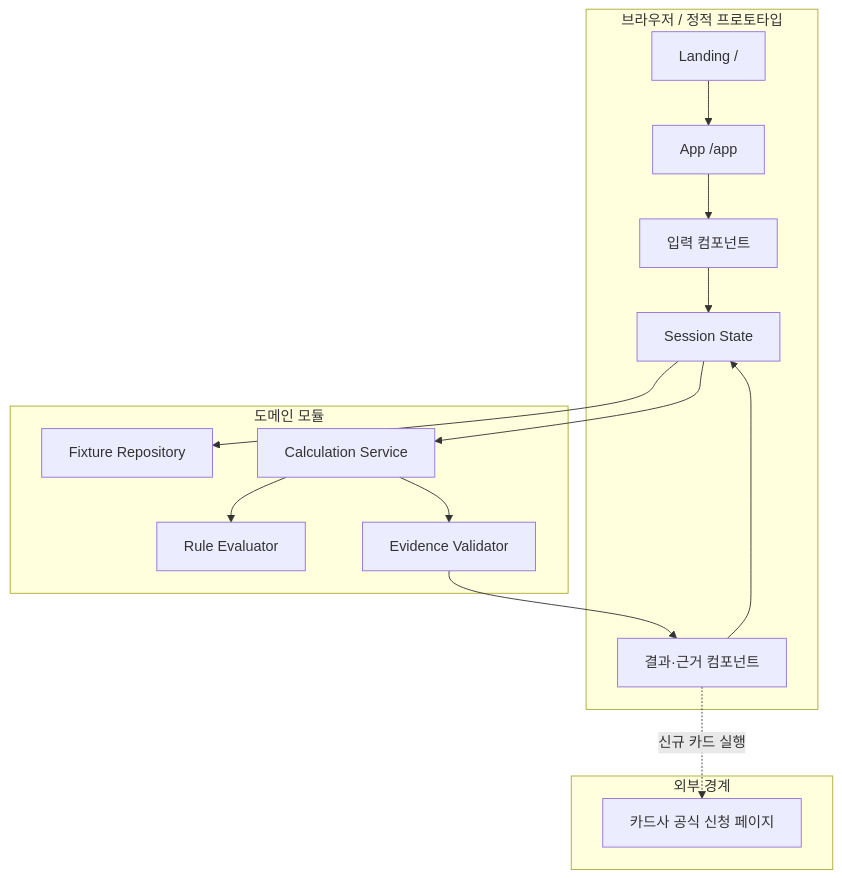
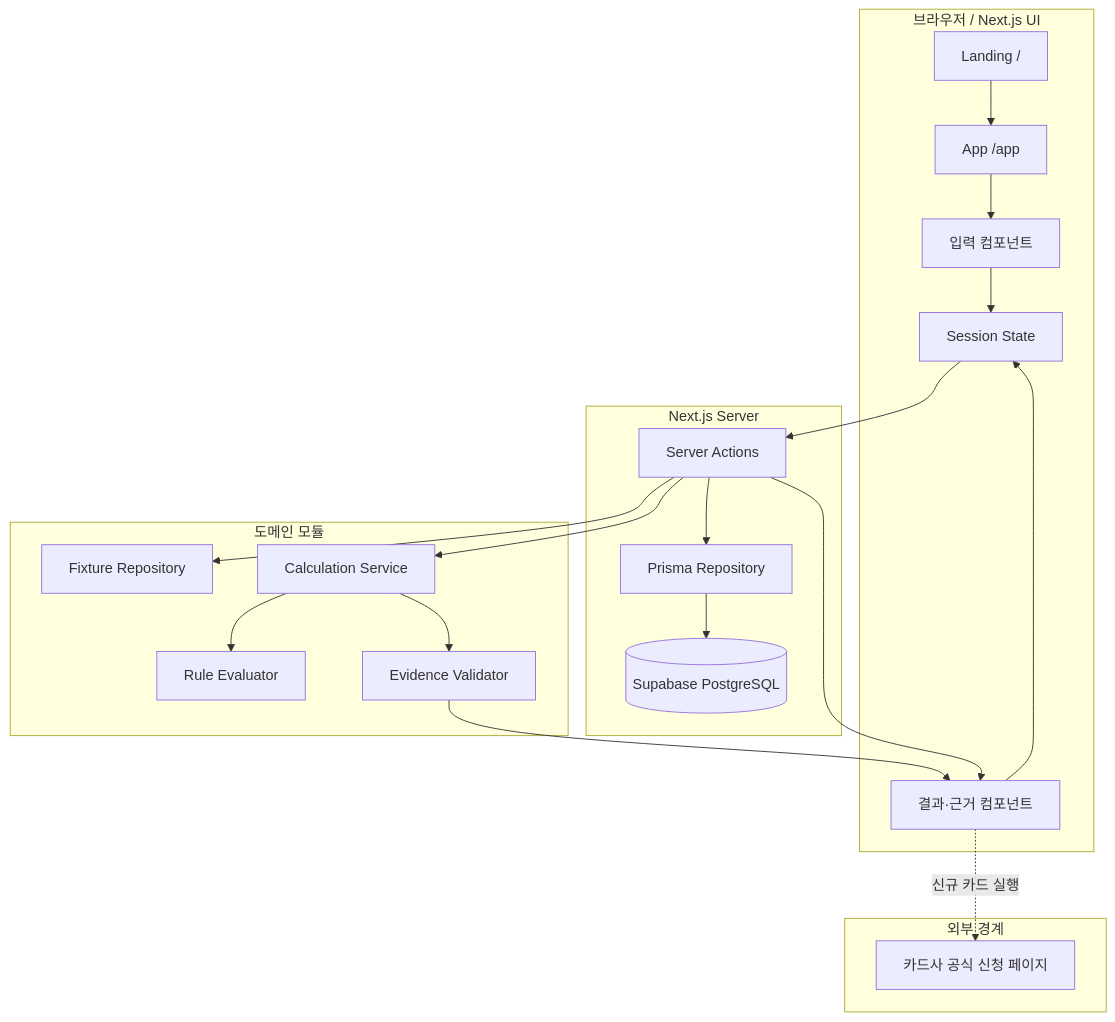
The fourth of 9 diagrams in docs/diagrams/TECHNICAL_DESIGN.md (maybeaj/cardfit), drawn with Mermaid before and after one commit. The commit also changed other lines of this file and 17 other files, not shown here.

Commit message:
docs: align task list with seeded rules architecture

````diff
--- a/docs/diagrams/TECHNICAL_DESIGN.md
+++ b/docs/diagrams/TECHNICAL_DESIGN.md
@@ -246,29 +246,38 @@
 ```mermaid
 flowchart TB
-  subgraph Browser[브라우저 / 정적 프로토타입]
+  subgraph Browser[브라우저 / Next.js UI]
     Landing[Landing /]
     App[App /app]
     Input[입력 컴포넌트]
     Result[결과·근거 컴포넌트]
     Store[Session State]
+  end
+  subgraph Server[Next.js Server]
+    Actions[Server Actions]
+    Repo[Prisma Repository]
+    DB[(Supabase PostgreSQL)]
   end
   subgraph Domain[도메인 모듈]
     Fixture[Fixture Repository]
     Calc[Calculation Service]
     Rules[Rule Evaluator]
     Evidence[Evidence Validator]
   end
   subgraph External[외부 경계]
     Official[카드사 공식 신청 페이지]
   end
   Landing --> App
   App --> Input
   Input --> Store
-  Store --> Fixture
-  Store --> Calc
+  Store --> Actions
+  Actions --> Repo
+  Repo --> DB
+  Actions --> Fixture
+  Actions --> Calc
   Calc --> Rules
   Calc --> Evidence
   Evidence --> Result
   Result --> Store
+  Actions --> Result
   Result -. 신규 카드 실행 .-> Official
 ```
````
